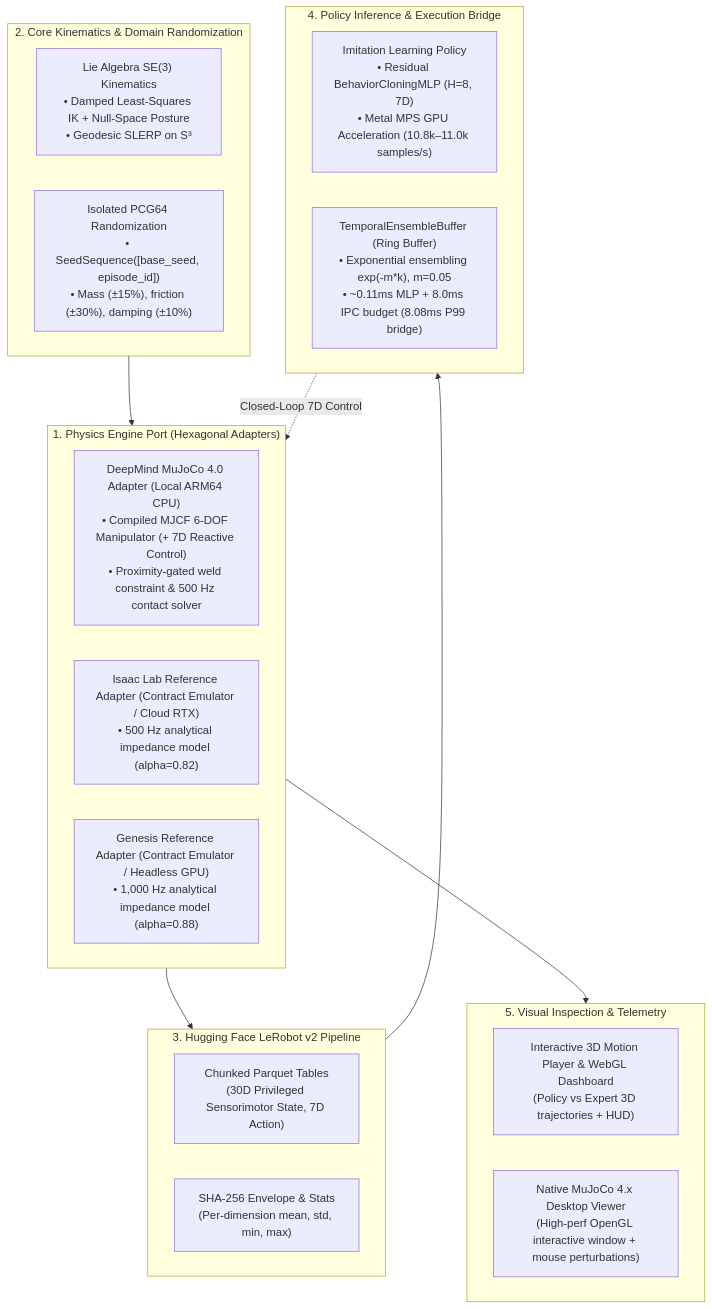
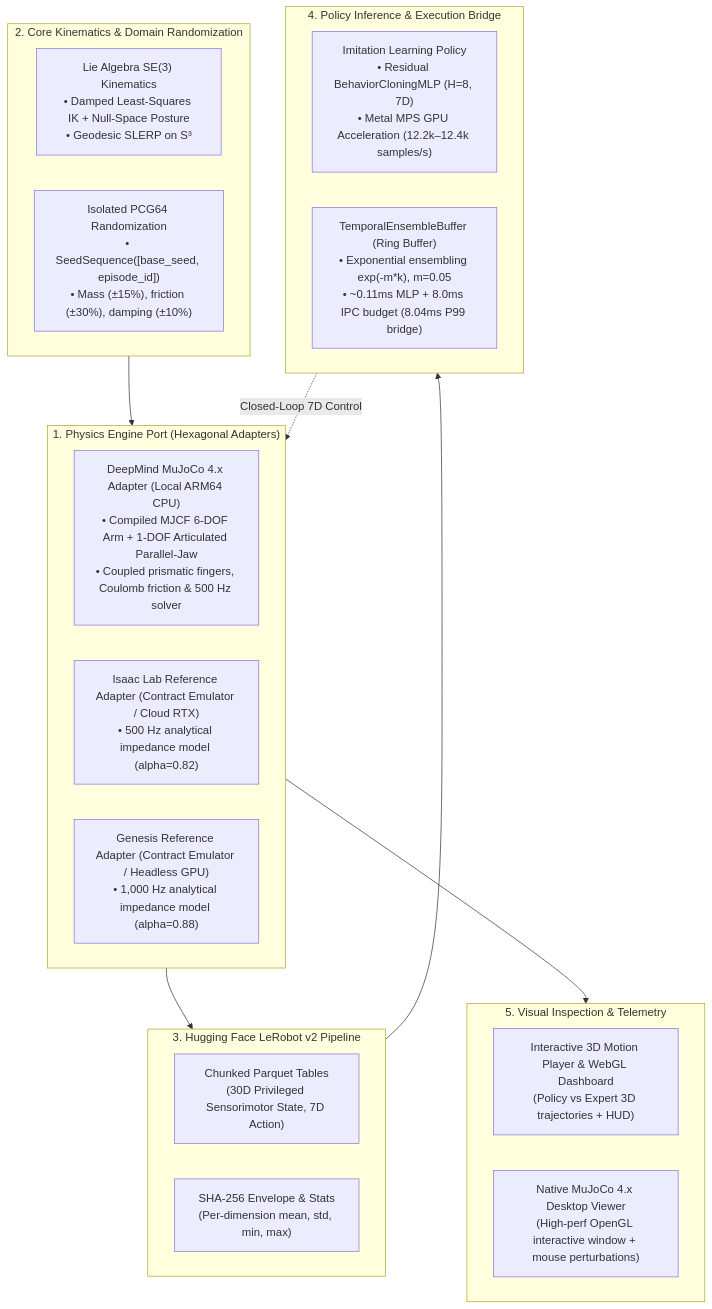
Before and after one commit to LeanoA/sim2real-data-engine: the diagram in ARTICLE_DRAFT.md, drawn with Mermaid. The commit also changed other lines of this file and 12 other files, not shown here.

Commit message:
docs(media): update article, reports, charts, and videos for articulated gripper

````diff
--- a/ARTICLE_DRAFT.md
+++ b/ARTICLE_DRAFT.md
@@ -37,34 +37,34 @@
 ```mermaid
 flowchart TB
     subgraph Simulators["1. Physics Engine Port (Hexagonal Adapters)"]
-        M["DeepMind MuJoCo 4.0 Adapter (Local ARM64 CPU)<br/>• Compiled MJCF 6-DOF Manipulator (+ 7D Reactive Control)<br/>• Proximity-gated weld constraint & 500 Hz contact solver"]
+        M["DeepMind MuJoCo 4.x Adapter (Local ARM64 CPU)<br/>• Compiled MJCF 6-DOF Arm + 1-DOF Articulated Parallel-Jaw<br/>• Coupled prismatic fingers, Coulomb friction & 500 Hz solver"]
         I["Isaac Lab Reference Adapter (Contract Emulator / Cloud RTX)<br/>• 500 Hz analytical impedance model (alpha=0.82)"]
         G["Genesis Reference Adapter (Contract Emulator / Headless GPU)<br/>• 1,000 Hz analytical impedance model (alpha=0.88)"]
     end
 
     subgraph Core["2. Core Kinematics & Domain Randomization"]
         K["Lie Algebra SE(3) Kinematics<br/>• Damped Least-Squares IK + Null-Space Posture<br/>• Geodesic SLERP on S³"]
         DR["Isolated PCG64 Randomization<br/>• SeedSequence([base_seed, episode_id])<br/>• Mass (±15%), friction (±30%), damping (±10%)"]
     end
 
     subgraph Export["3. Hugging Face LeRobot v2 Pipeline"]
         P["Chunked Parquet Tables<br/>(30D Privileged Sensorimotor State, 7D Action)"]
         S["SHA-256 Envelope & Stats<br/>(Per-dimension mean, std, min, max)"]
     end
 
     subgraph PolicyBridge["4. Policy Inference & Execution Bridge"]
-        ACT["Imitation Learning Policy<br/>• Residual BehaviorCloningMLP (H=8, 7D)<br/>• Metal MPS GPU Acceleration (10.8k–11.0k samples/s)"]
-        BUF["TemporalEnsembleBuffer (Ring Buffer)<br/>• Exponential ensembling exp(-m*k), m=0.05<br/>• ~0.11ms MLP + 8.0ms IPC budget (8.08ms P99 bridge)"]
+        ACT["Imitation Learning Policy<br/>• Residual BehaviorCloningMLP (H=8, 7D)<br/>• Metal MPS GPU Acceleration (12.2k–12.4k samples/s)"]
+        BUF["TemporalEnsembleBuffer (Ring Buffer)<br/>• Exponential ensembling exp(-m*k), m=0.05<br/>• ~0.11ms MLP + 8.0ms IPC budget (8.04ms P99 bridge)"]
     end
 
     subgraph Vis["5. Visual Inspection & Telemetry"]
         PLT["Interactive 3D Motion Player & WebGL Dashboard<br/>(Policy vs Expert 3D trajectories + HUD)"]
         GUI["Native MuJoCo 4.x Desktop Viewer<br/>(High-perf OpenGL interactive window + mouse perturbations)"]
     end
 
     Core --> Simulators
     Simulators --> Export
     Export --> PolicyBridge
     PolicyBridge -.->|"Closed-Loop 7D Control"| Simulators
     Simulators --> Vis
 ```
````
